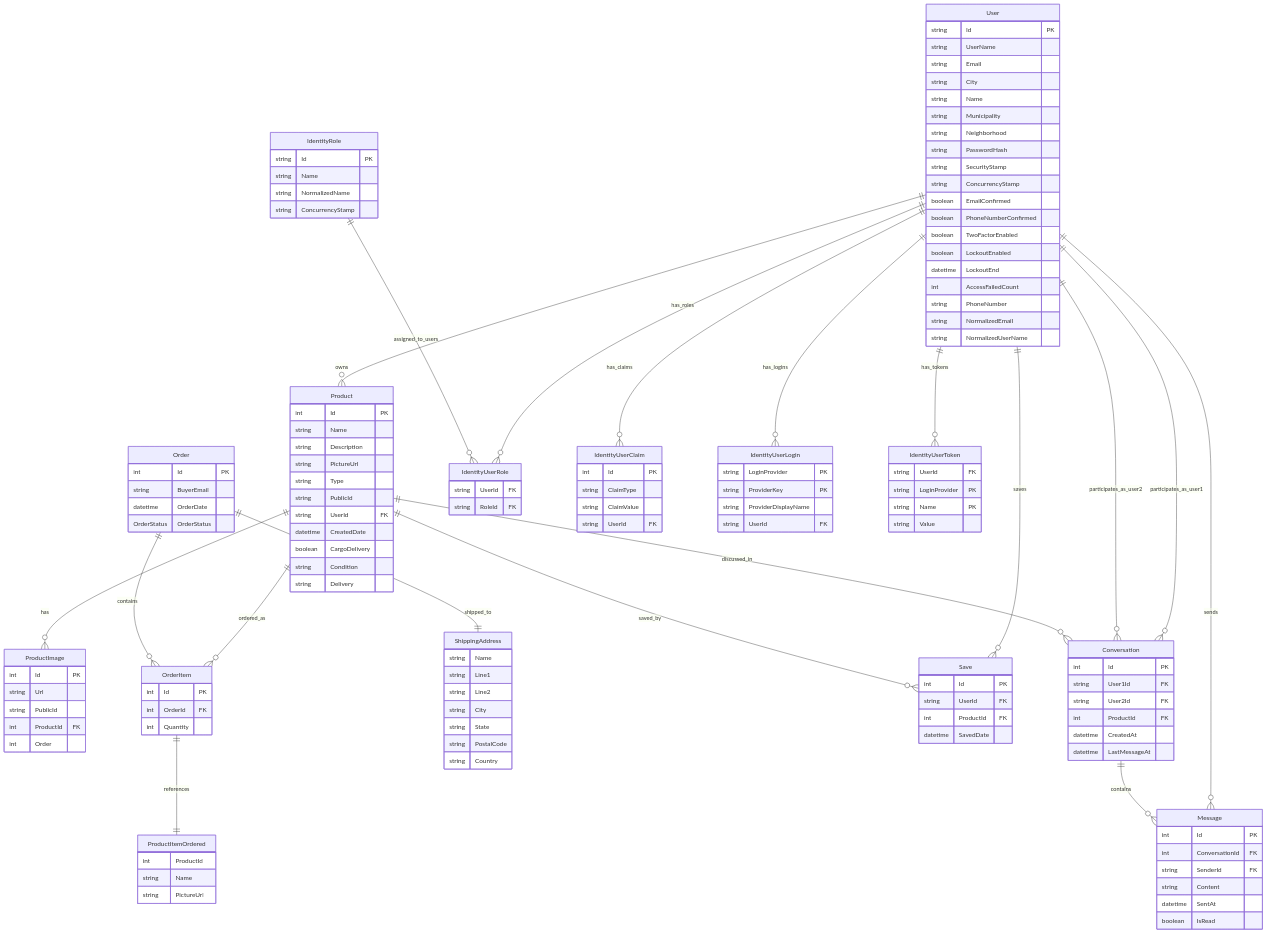
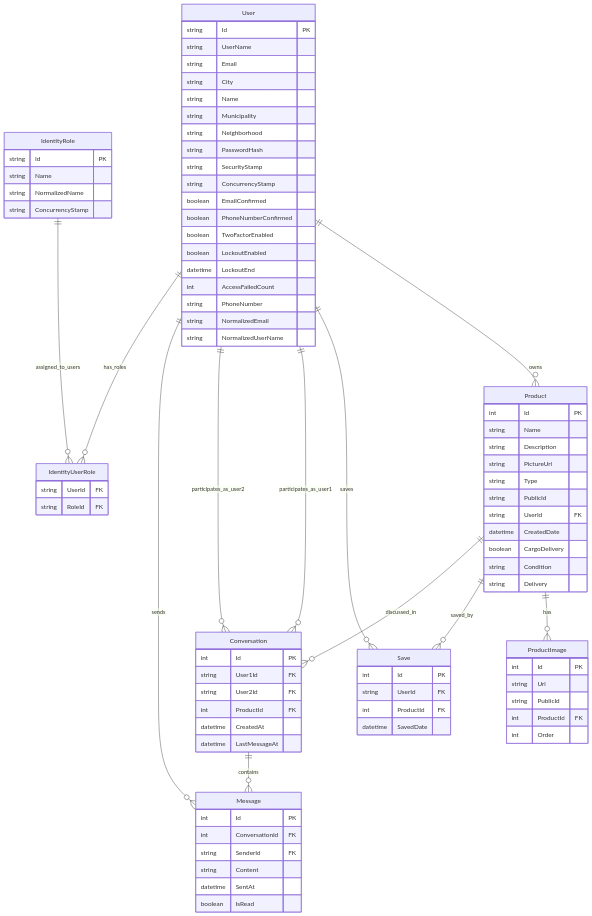
Before and after one commit to ananucevska/Restore: the diagram in ER_Diagram_Complete.md, drawn with Mermaid. The commit also changed other lines of this file and 12 other files, not shown here.

Commit message:
new ER and code cleanup

````diff
--- a/ER_Diagram_Complete.md
+++ b/ER_Diagram_Complete.md
@@ -46,34 +46,6 @@
         int Order
     }
     
-    Order {
-        int Id PK
-        string BuyerEmail
-        datetime OrderDate
-        OrderStatus OrderStatus
-    }
-    
-    OrderItem {
-        int Id PK
-        int OrderId FK
-        int Quantity
-    }
-    
-    ProductItemOrdered {
-        int ProductId
-        string Name
-        string PictureUrl
-    }
-    
-    ShippingAddress {
-        string Name
-        string Line1
-        string Line2
-        string City
-        string State
-        string PostalCode
-        string Country
-    }
     
     Save {
         int Id PK
@@ -112,27 +84,6 @@
         string RoleId FK
     }
     
-    IdentityUserClaim {
-        int Id PK
-        string ClaimType
-        string ClaimValue
-        string UserId FK
-    }
-    
-    IdentityUserLogin {
-        string LoginProvider PK
-        string ProviderKey PK
-        string ProviderDisplayName
-        string UserId FK
-    }
-    
-    IdentityUserToken {
-        string UserId FK
-        string LoginProvider PK
-        string Name PK
-        string Value
-    }
-    
     %% Core Application Relationships
     User ||--o{ Product : "owns"
     User ||--o{ Save : "saves"
@@ -143,19 +94,10 @@
     Product ||--o{ ProductImage : "has"
     Product ||--o{ Save : "saved_by"
     Product ||--o{ Conversation : "discussed_in"
-    Product ||--o{ OrderItem : "ordered_as"
-    
-    Order ||--o{ OrderItem : "contains"
-    Order ||--|| ShippingAddress : "shipped_to"
-    
-    OrderItem ||--|| ProductItemOrdered : "references"
     
     Conversation ||--o{ Message : "contains"
     
     %% ASP.NET Identity Relationships
     User ||--o{ IdentityUserRole : "has_roles"
     IdentityRole ||--o{ IdentityUserRole : "assigned_to_users"
-    User ||--o{ IdentityUserClaim : "has_claims"
-    User ||--o{ IdentityUserLogin : "has_logins"
-    User ||--o{ IdentityUserToken : "has_tokens"
 ```
````
